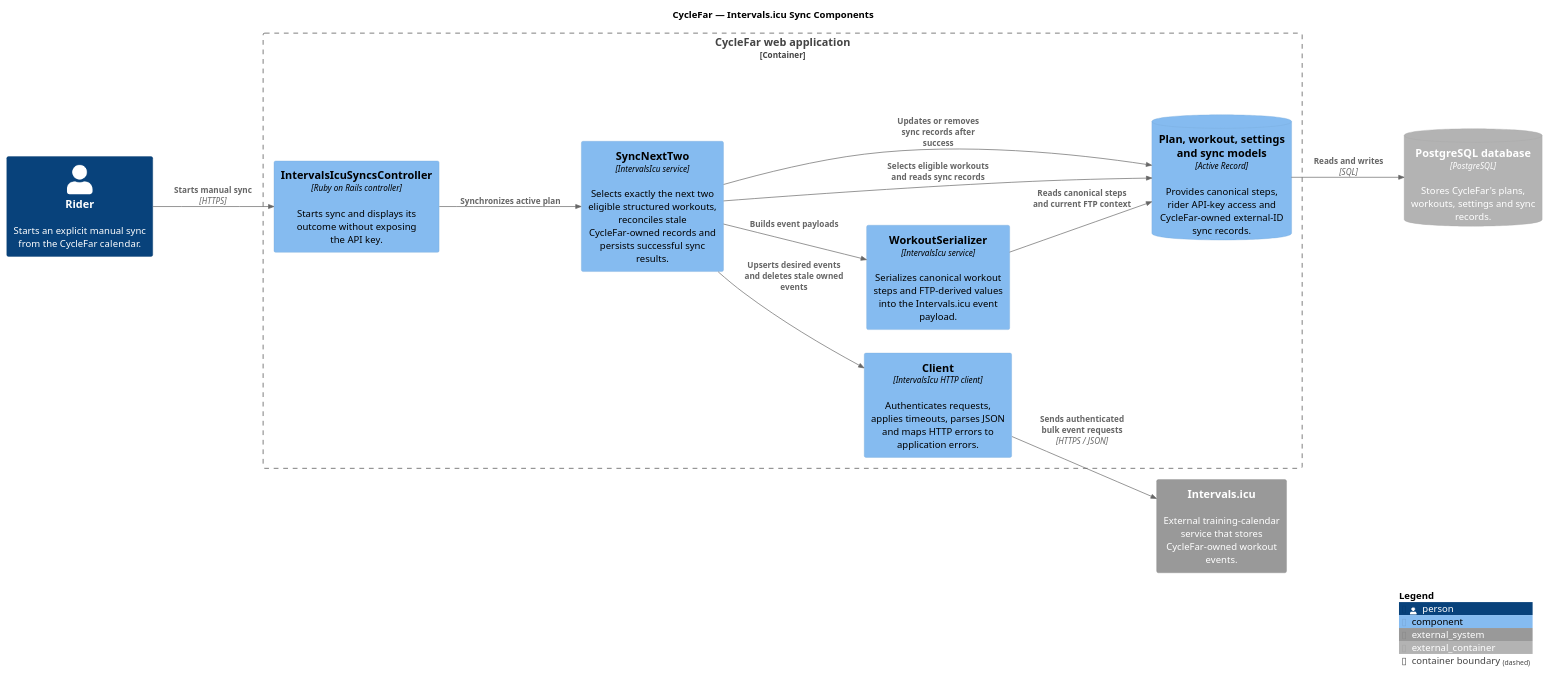
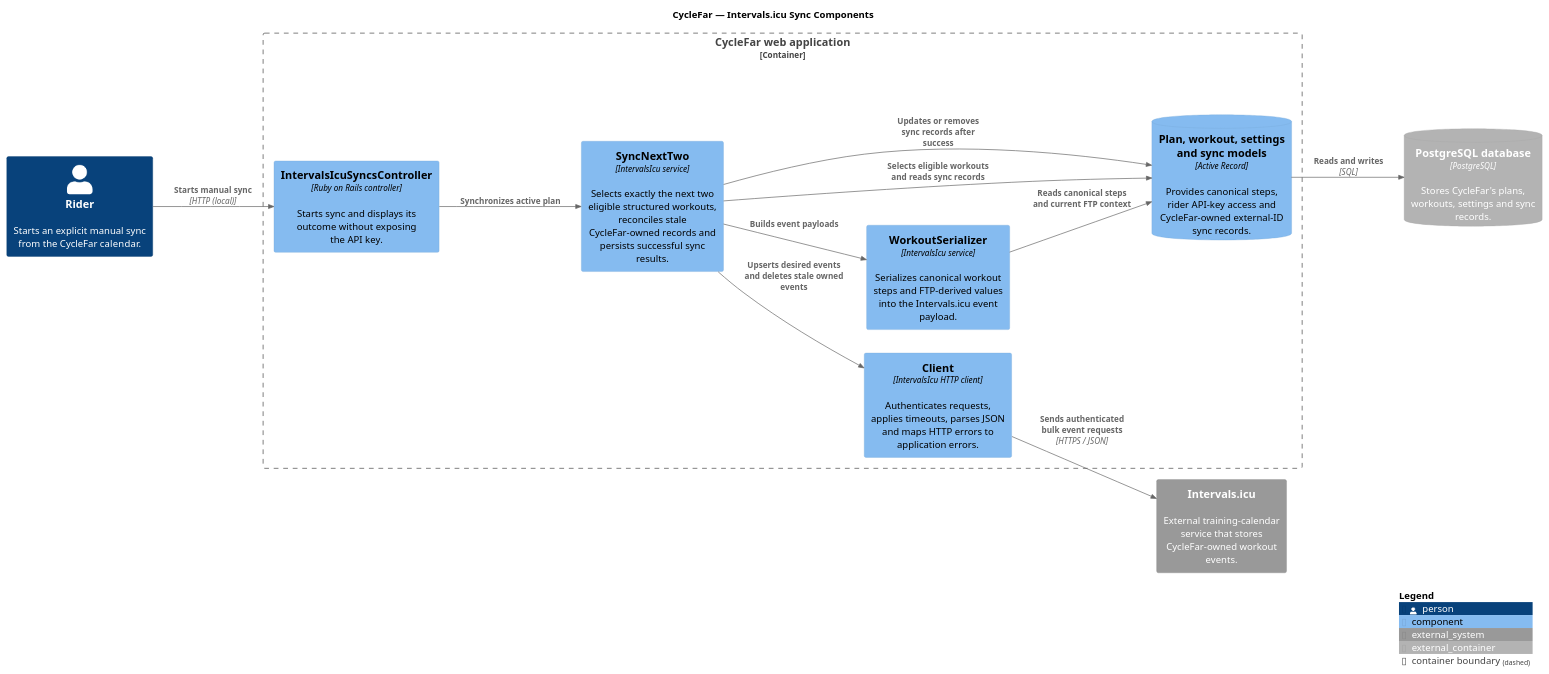
Before and after one commit to richardhartme/cyclefar: the diagram in docs/diagrams/cyclefar-intervals-icu-sync-components.puml, drawn with PlantUML. The commit also changed 18 other files, not shown here.

```diff
--- a/docs/diagrams/cyclefar-intervals-icu-sync-components.puml
+++ b/docs/diagrams/cyclefar-intervals-icu-sync-components.puml
@@ -1,31 +1,31 @@
 @startuml CycleFar Intervals ICU Sync Components
 !include https://raw.githubusercontent.com/plantuml-stdlib/C4-PlantUML/master/C4_Component.puml
 
 title CycleFar — Intervals.icu Sync Components
 
 LAYOUT_LEFT_RIGHT()
 
 Person(rider, "Rider", "Starts an explicit manual sync from the CycleFar calendar.")
 System_Ext(intervals_icu, "Intervals.icu", "External training-calendar service that stores CycleFar-owned workout events.")
 ContainerDb_Ext(database, "PostgreSQL database", "PostgreSQL", "Stores CycleFar's plans, workouts, settings and sync records.")
 
 Container_Boundary(web_application, "CycleFar web application") {
   Component(controller, "IntervalsIcuSyncsController", "Ruby on Rails controller", "Starts sync and displays its outcome without exposing the API key.")
   Component(sync, "SyncNextTwo", "IntervalsIcu service", "Selects exactly the next two eligible structured workouts, reconciles stale CycleFar-owned records and persists successful sync results.")
   Component(serializer, "WorkoutSerializer", "IntervalsIcu service", "Serializes canonical workout steps and FTP-derived values into the Intervals.icu event payload.")
   Component(client, "Client", "IntervalsIcu HTTP client", "Authenticates requests, applies timeouts, parses JSON and maps HTTP errors to application errors.")
   ComponentDb(models, "Plan, workout, settings and sync models", "Active Record", "Provides canonical steps, rider API-key access and CycleFar-owned external-ID sync records.")
 }
 
-Rel(rider, controller, "Starts manual sync", "HTTPS")
+Rel(rider, controller, "Starts manual sync", "HTTP (local)")
 Rel(controller, sync, "Synchronizes active plan")
 Rel(sync, models, "Selects eligible workouts and reads sync records")
 Rel(sync, serializer, "Builds event payloads")
 Rel(serializer, models, "Reads canonical steps and current FTP context")
 Rel(sync, client, "Upserts desired events and deletes stale owned events")
 Rel(client, intervals_icu, "Sends authenticated bulk event requests", "HTTPS / JSON")
 Rel(sync, models, "Updates or removes sync records after success")
 Rel(models, database, "Reads and writes", "SQL")
 
 SHOW_LEGEND()
 @enduml
```
